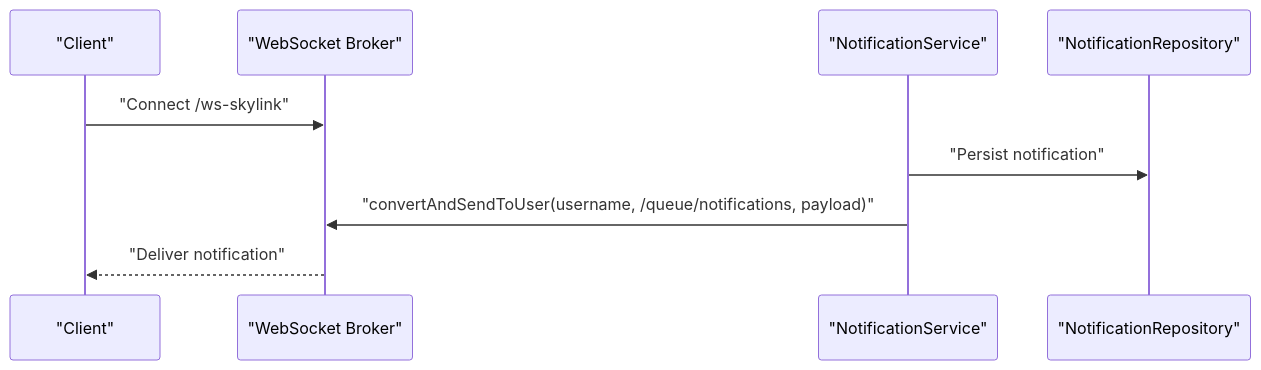
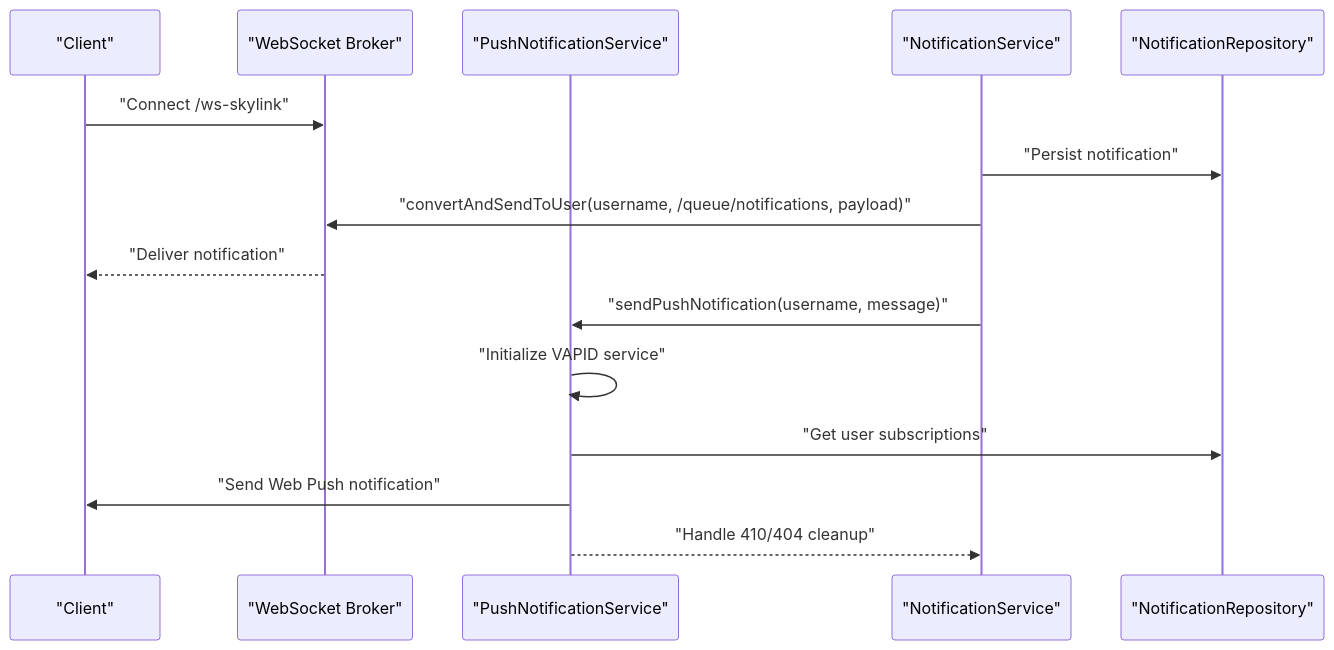
The fourth of 7 diagrams in .qoder/repowiki/en/content/Architecture and Design/Architecture and Design.md (mhcybroot/Skylink-custom-backend), drawn with Mermaid before and after one commit. The commit also changed other lines of this file and 7 other files, not shown here.

First line of the commit message:
feat(architecture): enhance security, real-time communication, and data access layers

````diff
--- a/.qoder/repowiki/en/content/Architecture and Design/Architecture and Design.md
+++ b/.qoder/repowiki/en/content/Architecture and Design/Architecture and Design.md
@@ -203,11 +284,17 @@
 ```mermaid
 sequenceDiagram
 participant Client as "Client"
 participant Broker as "WebSocket Broker"
+participant PushSvc as "PushNotificationService"
 participant NotifSvc as "NotificationService"
 participant DB as "NotificationRepository"
 Client->>Broker : "Connect /ws-skylink"
 NotifSvc->>DB : "Persist notification"
 NotifSvc->>Broker : "convertAndSendToUser(username, /queue/notifications, payload)"
 Broker-->>Client : "Deliver notification"
+NotifSvc->>PushSvc : "sendPushNotification(username, message)"
+PushSvc->>PushSvc : "Initialize VAPID service"
+PushSvc->>DB : "Get user subscriptions"
+PushSvc->>Client : "Send Web Push notification"
+PushSvc-->>NotifSvc : "Handle 410/404 cleanup"
 ```
````
